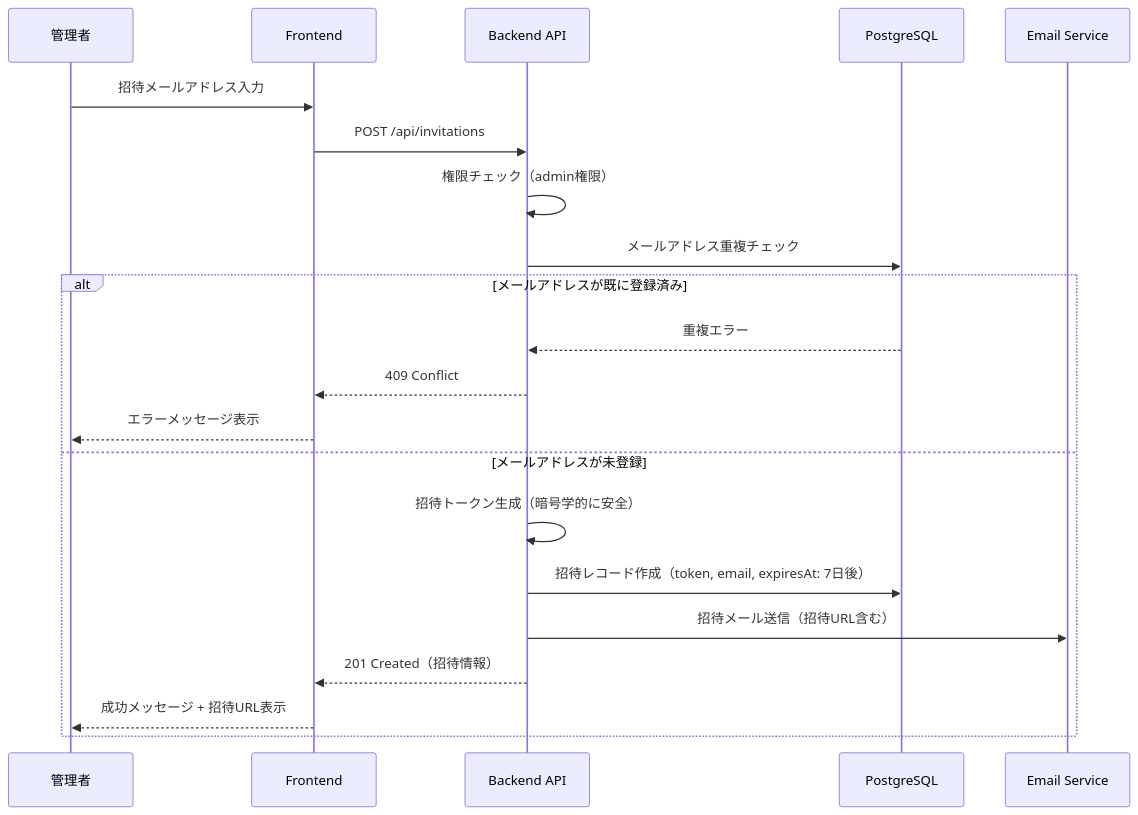
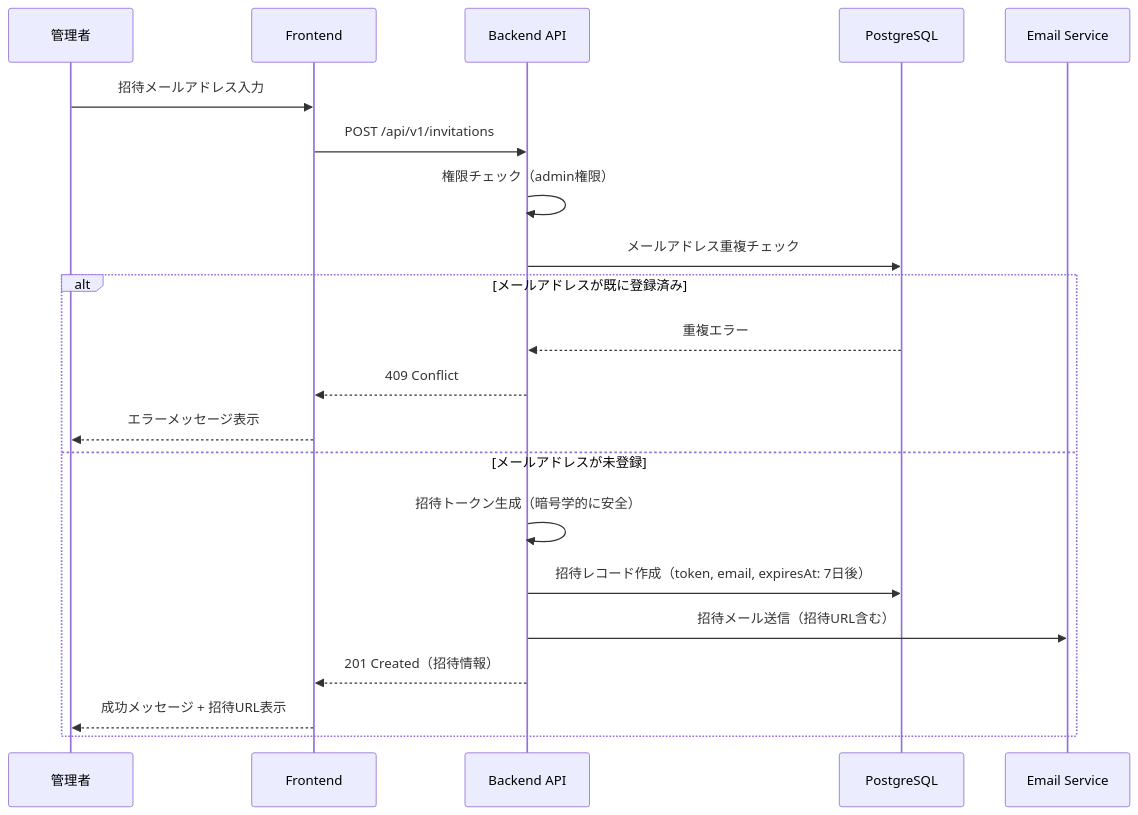
The second of 12 diagrams in .kiro/specs/user-authentication/design.md (inakanou/ArchiTrack), drawn with Mermaid before and after one commit. The commit also changed other lines of this file and 1 other file, not shown here.

````diff
--- a/.kiro/specs/user-authentication/design.md
+++ b/.kiro/specs/user-authentication/design.md
@@ -260,24 +425,24 @@
 ```mermaid
 sequenceDiagram
     participant Admin as 管理者
     participant Frontend as Frontend
     participant Backend as Backend API
     participant DB as PostgreSQL
     participant Email as Email Service
 
     Admin->>Frontend: 招待メールアドレス入力
-    Frontend->>Backend: POST /api/invitations
+    Frontend->>Backend: POST /api/v1/invitations
     Backend->>Backend: 権限チェック（admin権限）
     Backend->>DB: メールアドレス重複チェック
     alt メールアドレスが既に登録済み
         DB-->>Backend: 重複エラー
         Backend-->>Frontend: 409 Conflict
         Frontend-->>Admin: エラーメッセージ表示
     else メールアドレスが未登録
         Backend->>Backend: 招待トークン生成（暗号学的に安全）
         Backend->>DB: 招待レコード作成（token, email, expiresAt: 7日後）
         Backend->>Email: 招待メール送信（招待URL含む）
         Backend-->>Frontend: 201 Created（招待情報）
         Frontend-->>Admin: 成功メッセージ + 招待URL表示
     end
 ```
````
